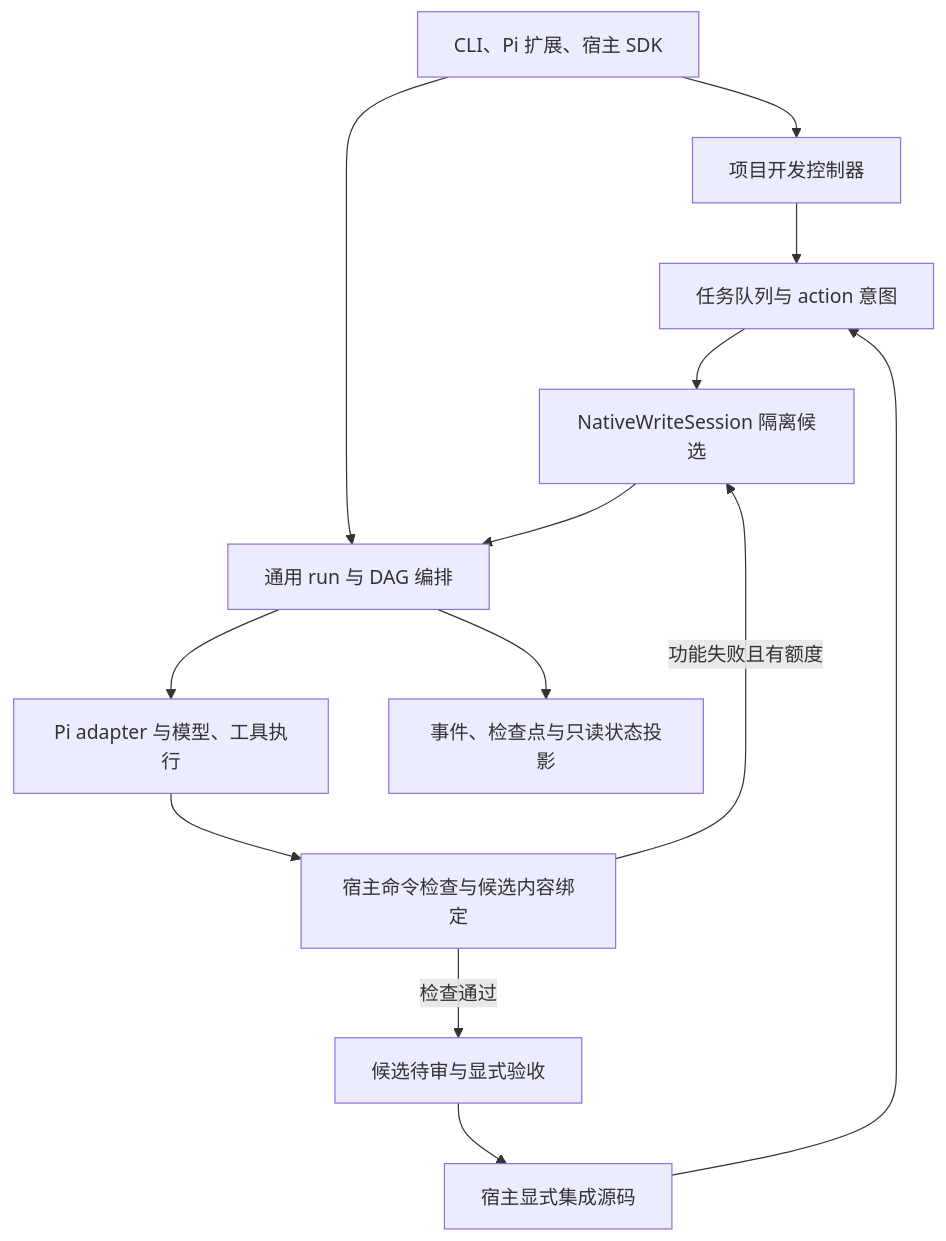
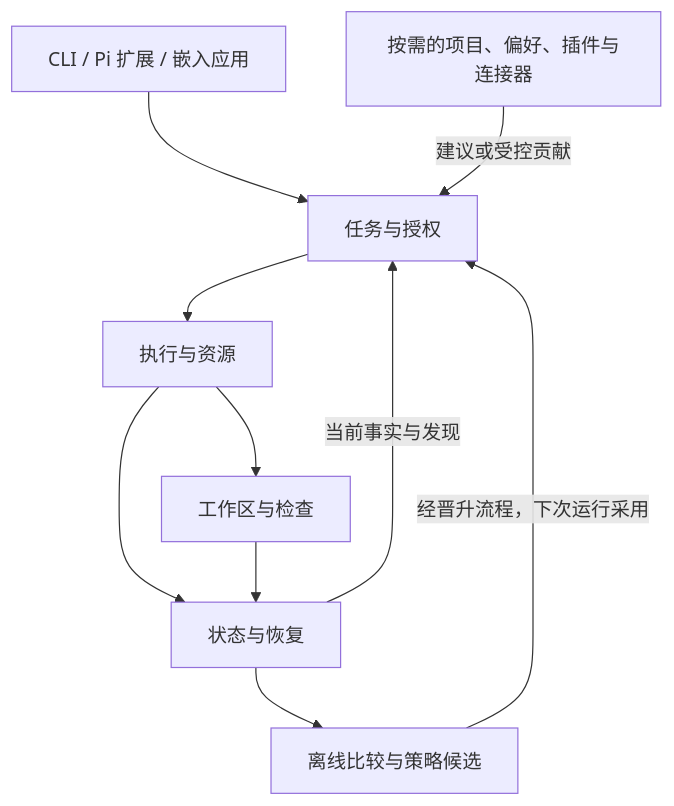
The diagram in docs/framework.md (Xhhemoing/pi-sparkle), drawn with Mermaid before and after one commit. The commit also changed other lines of this file and 12 other files, not shown here.

Commit message:
docs(architecture): maintain current design and interactive guide

````diff
--- a/docs/framework.md
+++ b/docs/framework.md
@@ -11,15 +22,12 @@
 ```mermaid
 flowchart TD
-  U["CLI、Pi 扩展、宿主 SDK"] --> D["项目开发控制器"]
-  U --> R["通用 run 与 DAG 编排"]
-  D --> Q["任务队列与 action 意图"]
-  Q --> N["NativeWriteSession 隔离候选"]
-  N --> R
-  R --> P["Pi adapter 与模型、工具执行"]
-  P --> V["宿主命令检查与候选内容绑定"]
-  V -->|"功能失败且有额度"| N
-  V -->|"检查通过"| A["候选待审与显式验收"]
-  A --> I["宿主显式集成源码"]
-  I --> Q
-  R --> E["事件、检查点与只读状态投影"]
+  H["CLI / Pi 扩展 / 嵌入应用"] --> T["任务与授权"]
+  T --> E["执行与资源"]
+  E --> W["工作区与检查"]
+  E --> S["状态与恢复"]
+  W --> S
+  S -->|"当前事实与发现"| T
+  O["按需的项目、偏好、插件与连接器"] -->|"建议或受控贡献"| T
+  S --> L["离线比较与策略候选"]
+  L -->|"经晋升流程，下次运行采用"| T
 ```
````
